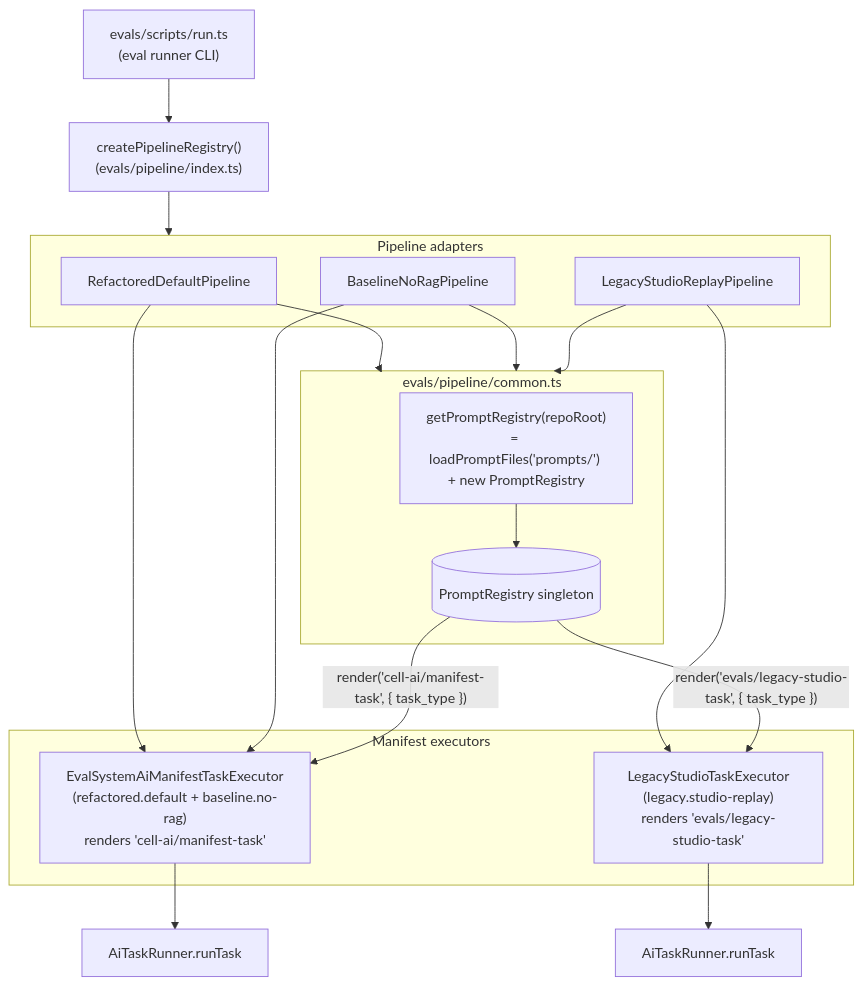
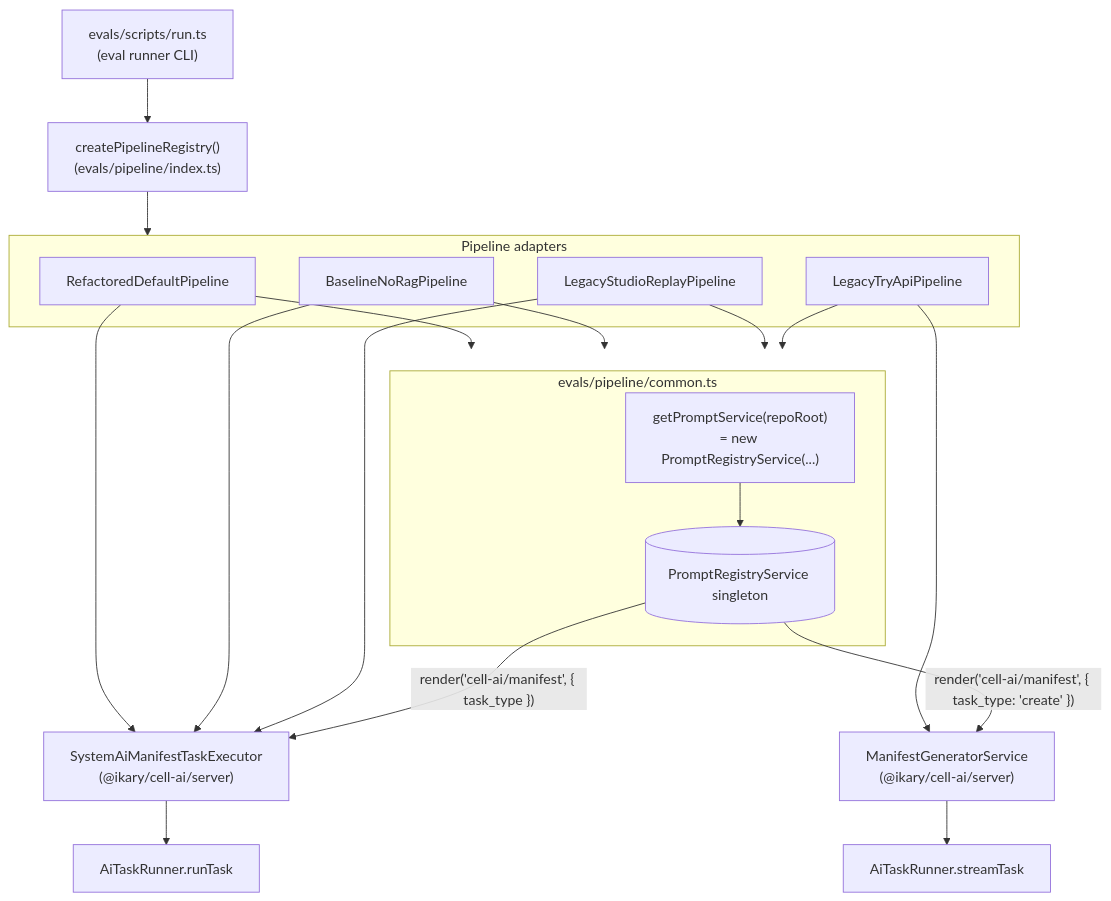
Before and after one commit to ikary-platform/ikary-manifest: the diagram in prompts/evals/README.md, drawn with Mermaid. The commit also changed other lines of this file and 52 other files, not shown here.

````diff
--- a/prompts/evals/README.md
+++ b/prompts/evals/README.md
@@ -13,38 +7,39 @@
 ```mermaid
 flowchart TD
   Run["evals/scripts/run.ts<br/>(eval runner CLI)"]
   Pipelines["createPipelineRegistry()<br/>(evals/pipeline/index.ts)"]
   Run --> Pipelines
 
   subgraph Adapters["Pipeline adapters"]
     Refactored["RefactoredDefaultPipeline"]
     Baseline["BaselineNoRagPipeline"]
-    Legacy["LegacyStudioReplayPipeline"]
+    LegacyStudio["LegacyStudioReplayPipeline"]
+    LegacyTry["LegacyTryApiPipeline"]
   end
   Pipelines --> Adapters
 
   subgraph Common["evals/pipeline/common.ts"]
-    GetReg["getPromptRegistry(repoRoot)<br/>= loadPromptFiles('prompts/') + new PromptRegistry"]
-    Reg[(PromptRegistry singleton)]
-    GetReg --> Reg
+    GetSvc["getPromptService(repoRoot)<br/>= new PromptRegistryService(...)"]
+    Svc[(PromptRegistryService singleton)]
+    GetSvc --> Svc
   end
 
   Refactored --> Common
   Baseline --> Common
-  Legacy --> Common
+  LegacyStudio --> Common
+  LegacyTry --> Common
 
-  subgraph Executors["Manifest executors"]
-    SysExec["EvalSystemAiManifestTaskExecutor<br/>(refactored.default + baseline.no-rag)<br/>renders 'cell-ai/manifest-task'"]
-    LegacyExec["LegacyStudioTaskExecutor<br/>(legacy.studio-replay)<br/>renders 'evals/legacy-studio-task'"]
-  end
+  Exec["SystemAiManifestTaskExecutor<br/>(@ikary/cell-ai/server)"]
+  MGS["ManifestGeneratorService<br/>(@ikary/cell-ai/server)"]
 
-  Refactored --> SysExec
-  Baseline --> SysExec
-  Legacy --> LegacyExec
+  Refactored --> Exec
+  Baseline --> Exec
+  LegacyStudio --> Exec
+  LegacyTry --> MGS
 
-  Reg -- "render('cell-ai/manifest-task', { task_type })" --> SysExec
-  Reg -- "render('evals/legacy-studio-task', { task_type })" --> LegacyExec
+  Svc -- "render('cell-ai/manifest', { task_type })" --> Exec
+  Svc -- "render('cell-ai/manifest', { task_type: 'create' })" --> MGS
 
-  SysExec --> Runner1["AiTaskRunner.runTask"]
-  LegacyExec --> Runner2["AiTaskRunner.runTask"]
+  Exec --> Runner1["AiTaskRunner.runTask"]
+  MGS --> Runner2["AiTaskRunner.streamTask"]
 ```
````
